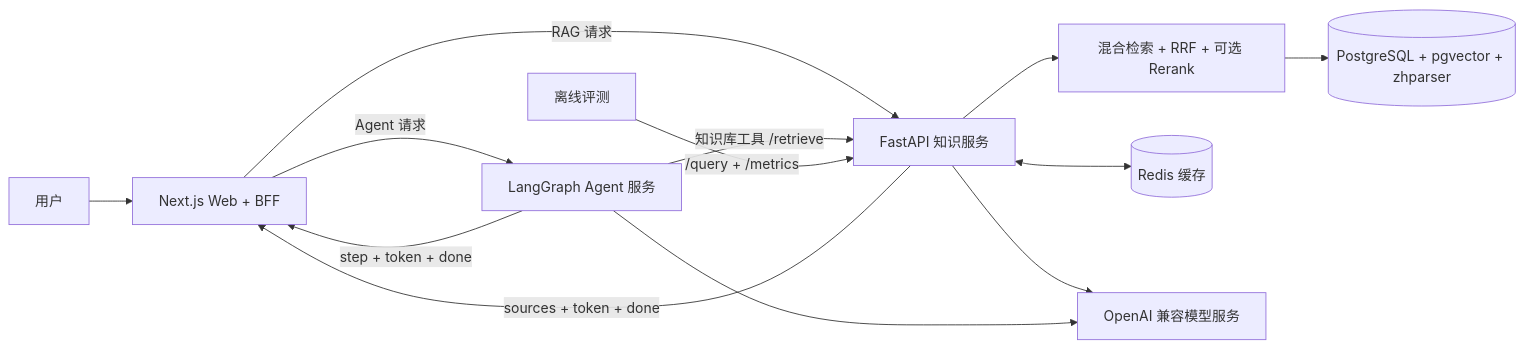
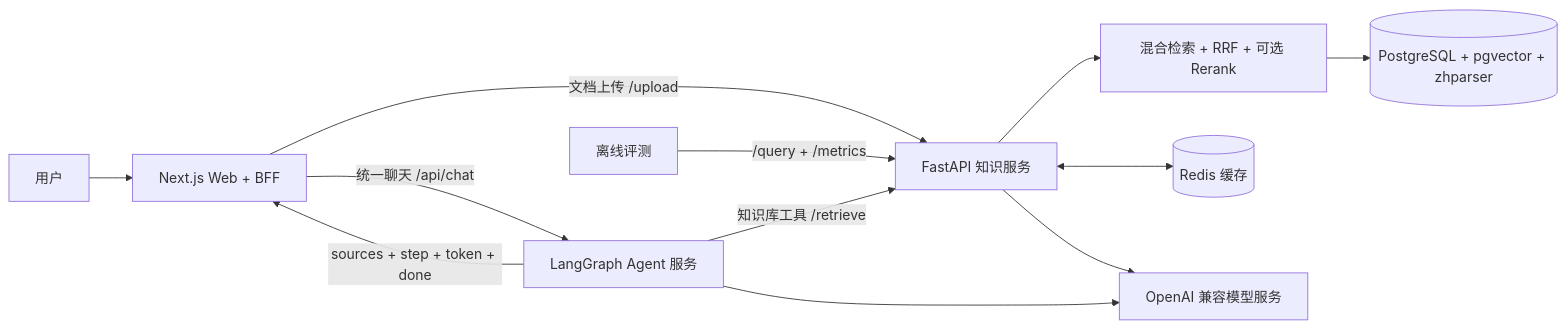
Before and after one commit to BryanLi93/agentic-rag: the first of 2 diagrams in docs/architecture.md, drawn with Mermaid. The commit also changed other lines of this file and 12 other files, not shown here.

Commit message:
feat: 前端接入 Agent SSE，统一 /api/chat 入口

````diff
--- a/docs/architecture.md
+++ b/docs/architecture.md
@@ -7,19 +7,18 @@
 ```mermaid
 flowchart LR
     User[用户] --> Web[Next.js Web + BFF]
 
-    Web -->|RAG 请求| Knowledge[FastAPI 知识服务]
-    Web -->|Agent 请求| Agent[LangGraph Agent 服务]
+    Web -->|文档上传 /upload| Knowledge[FastAPI 知识服务]
+    Web -->|统一聊天 /api/chat| Agent[LangGraph Agent 服务]
     Agent -->|知识库工具 /retrieve| Knowledge
 
     Knowledge --> Retrieval[混合检索 + RRF + 可选 Rerank]
     Retrieval --> PG[(PostgreSQL + pgvector + zhparser)]
     Knowledge <--> Redis[(Redis 缓存)]
     Knowledge --> Provider[OpenAI 兼容模型服务]
     Agent --> Provider
 
     Eval[离线评测] -->|/query + /metrics| Knowledge
 
-    Knowledge -->|sources + token + done| Web
-    Agent -->|step + token + done| Web
+    Agent -->|sources + step + token + done| Web
 ```
````
